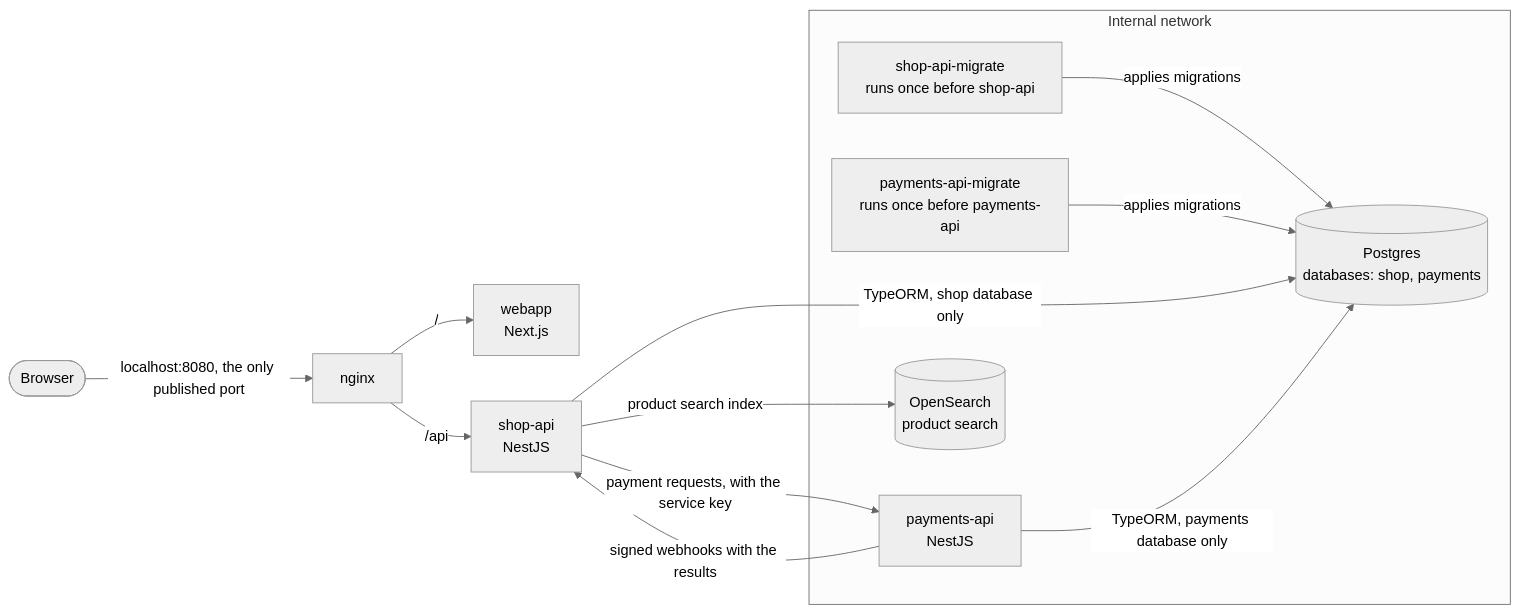
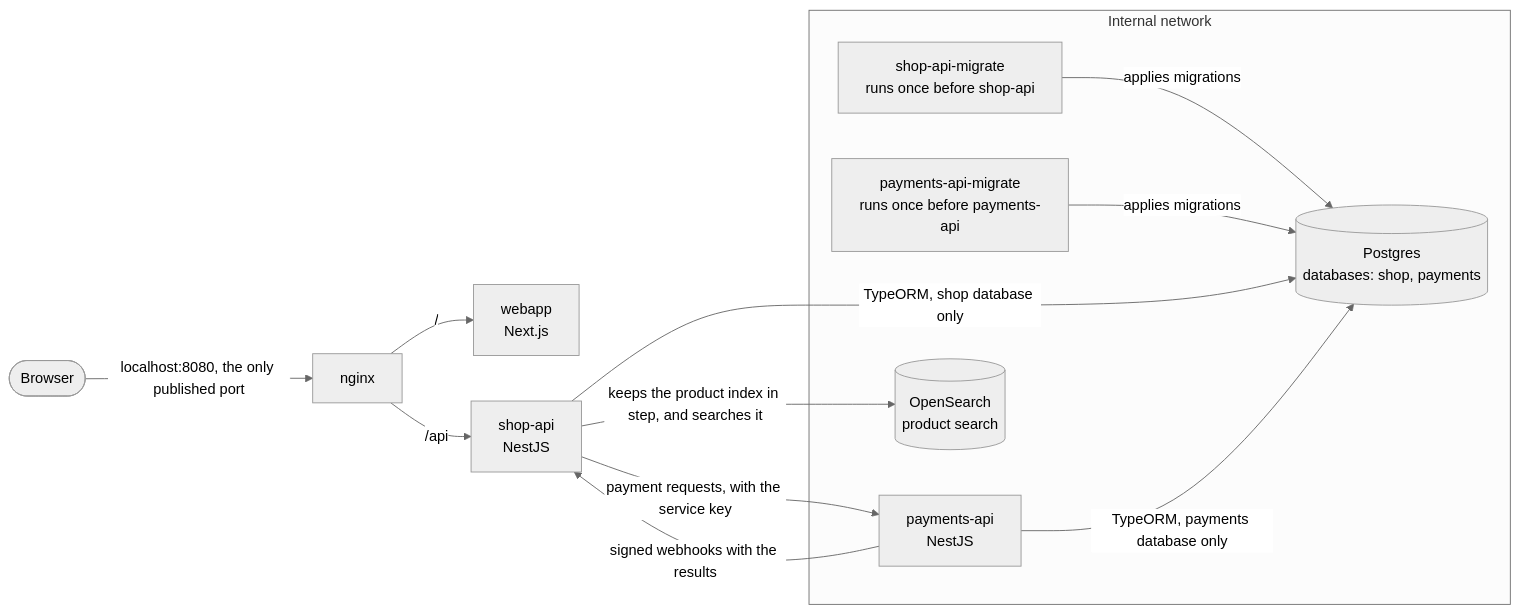
One commit to chaarlie/shopping-app changed the diagram in docs/architecture.md. Above: the diagram before and after it, drawn with Mermaid (neutral theme). The commit also changed other lines of this file and 17 other files, not shown here.

````diff
--- a/docs/architecture.md
+++ b/docs/architecture.md
@@ -5,23 +5,23 @@
 ```mermaid
 flowchart LR
     browser([Browser]) -->|"localhost:8080, the only published port"| nginx
 
     nginx -->|"/"| webapp["webapp<br/>Next.js"]
     nginx -->|"/api"| shop["shop-api<br/>NestJS"]
 
     subgraph internal ["Internal network"]
         migrate["shop-api-migrate<br/>runs once before shop-api"]
         paymentsMigrate["payments-api-migrate<br/>runs once before payments-api"]
         payments["payments-api<br/>NestJS"]
         postgres[("Postgres<br/>databases: shop, payments")]
         opensearch[("OpenSearch<br/>product search")]
     end
 
     migrate -->|"applies migrations"| postgres
     paymentsMigrate -->|"applies migrations"| postgres
     shop -->|"TypeORM, shop database only"| postgres
     payments -->|"TypeORM, payments database only"| postgres
     shop -->|"payment requests, with the service key"| payments
     payments -->|"signed webhooks with the results"| shop
-    shop -->|"product search index"| opensearch
+    shop -->|"keeps the product index in step, and searches it"| opensearch
 ```
````
